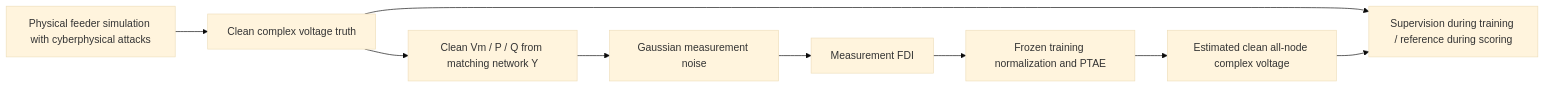
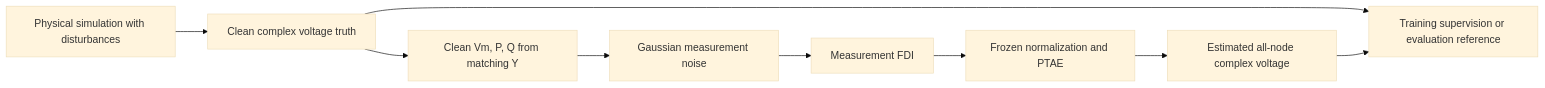
Before and after one commit to Sandymiguel137/PTAE_Portable: the diagram in README.md, drawn with Mermaid (base theme). The commit also changed other lines of this file and 7 other files, not shown here.

````diff
--- a/README.md
+++ b/README.md
@@ -102,11 +230,11 @@
 ```mermaid
 flowchart LR
-  A[Physical feeder simulation with cyberphysical attacks] --> B[Clean complex voltage truth]
-  B --> C[Clean Vm / P / Q from matching network Y]
+  A[Physical simulation with disturbances] --> B[Clean complex voltage truth]
+  B --> C[Clean Vm, P, Q from matching Y]
   C --> D[Gaussian measurement noise]
   D --> E[Measurement FDI]
-  E --> F[Frozen training normalization and PTAE]
-  F --> G[Estimated clean all-node complex voltage]
-  B --> H[Supervision during training / reference during scoring]
+  E --> F[Frozen normalization and PTAE]
+  F --> G[Estimated all-node complex voltage]
+  B --> H[Training supervision or evaluation reference]
   G --> H
 ```
````
